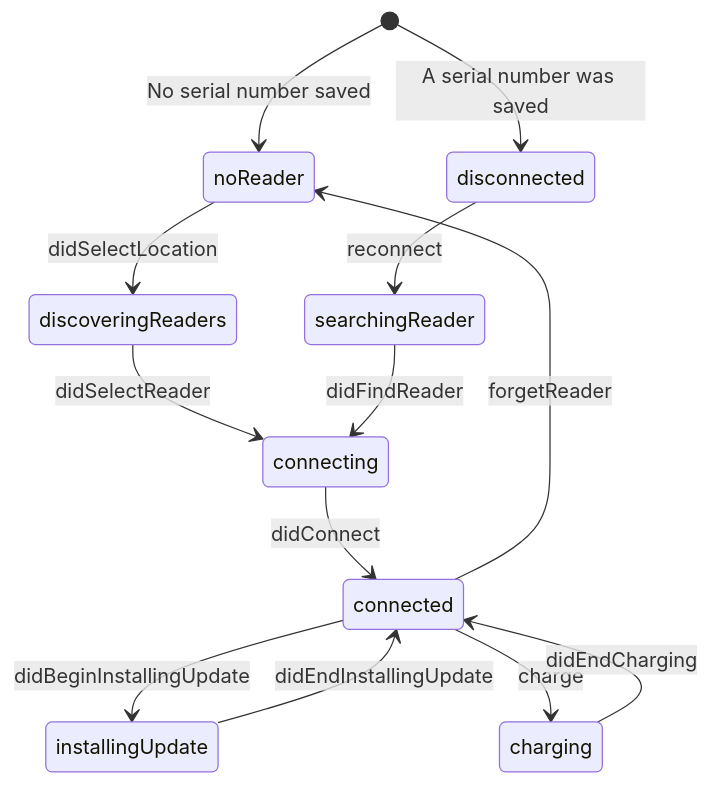
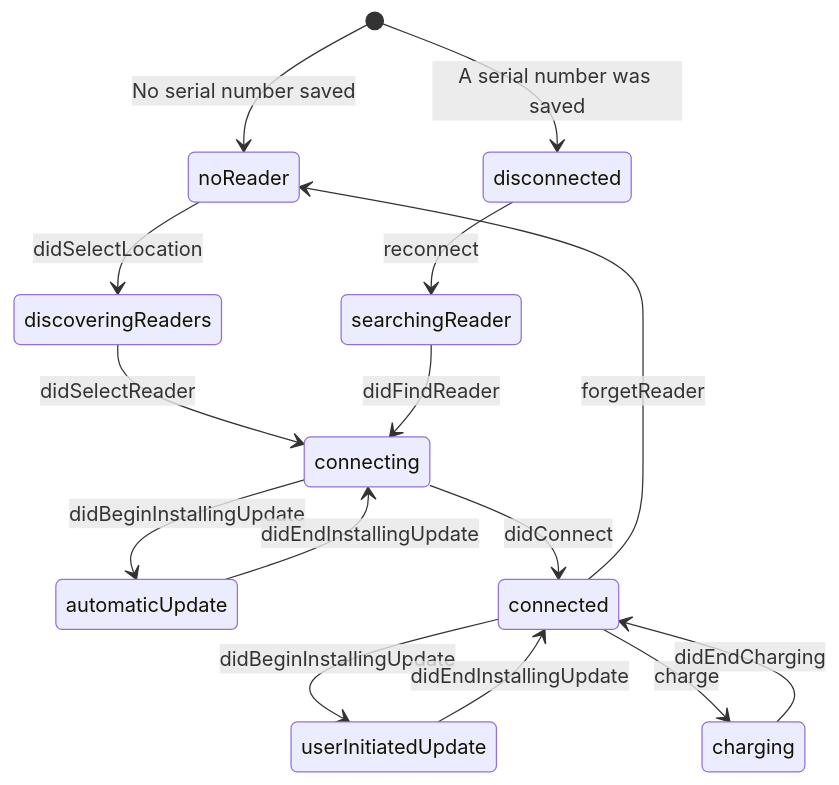
One commit to incwo/Astral changed the diagram in docs/Development.md. Above: the diagram before and after it, drawn with Mermaid. The commit also changed other lines of this file and 4 other files, not shown here.

Commit message:
TerminalStateMachine now makes a distinction between automatic updates and the updates initiated by the user, because it changes the state in which to go after the update has ended.

````diff
--- a/docs/Development.md
+++ b/docs/Development.md
@@ -5,20 +23,21 @@
 ```mermaid
     stateDiagram-v2 
         [*] --> noReader: No serial number saved
         noReader --> discoveringReaders: didSelectLocation
         discoveringReaders --> connecting: didSelectReader
 
         [*] --> disconnected: A serial number was saved
         disconnected --> searchingReader: reconnect
         searchingReader --> connecting: didFindReader
 
-        %%connecting --> installingUpdate: didBeginInstallingUpdate
+        connecting --> automaticUpdate: didBeginInstallingUpdate
+        automaticUpdate --> connecting: didEndInstallingUpdate
+
         connecting --> connected: didConnect
-        connected --> installingUpdate: didBeginInstallingUpdate
+        connected --> userInitiatedUpdate: didBeginInstallingUpdate
+        userInitiatedUpdate --> connected: didEndInstallingUpdate
+
         connected --> charging: charge
+        charging --> connected: didEndCharging 
         connected --> noReader: forgetReader
-        
-
-        charging --> connected: didEndCharging 
-        installingUpdate --> connected: didEndInstallingUpdate
 ```
````
